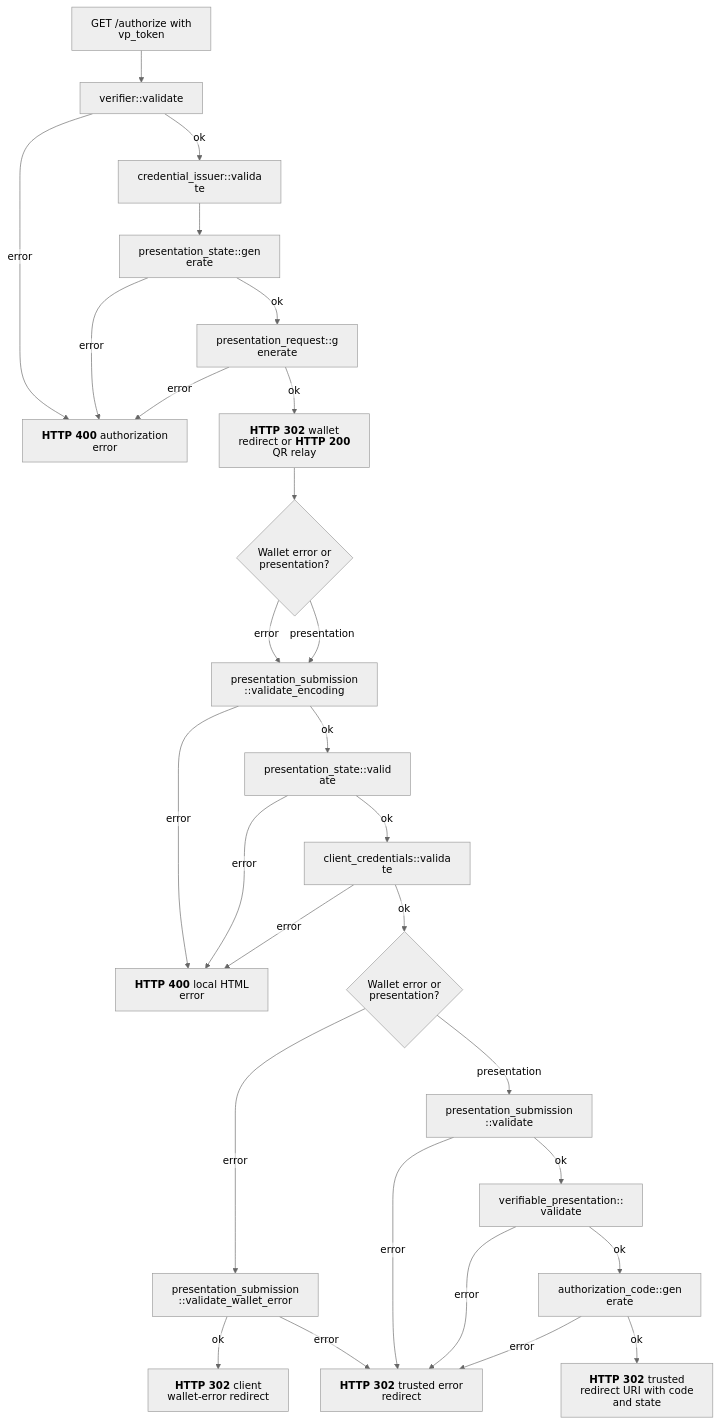
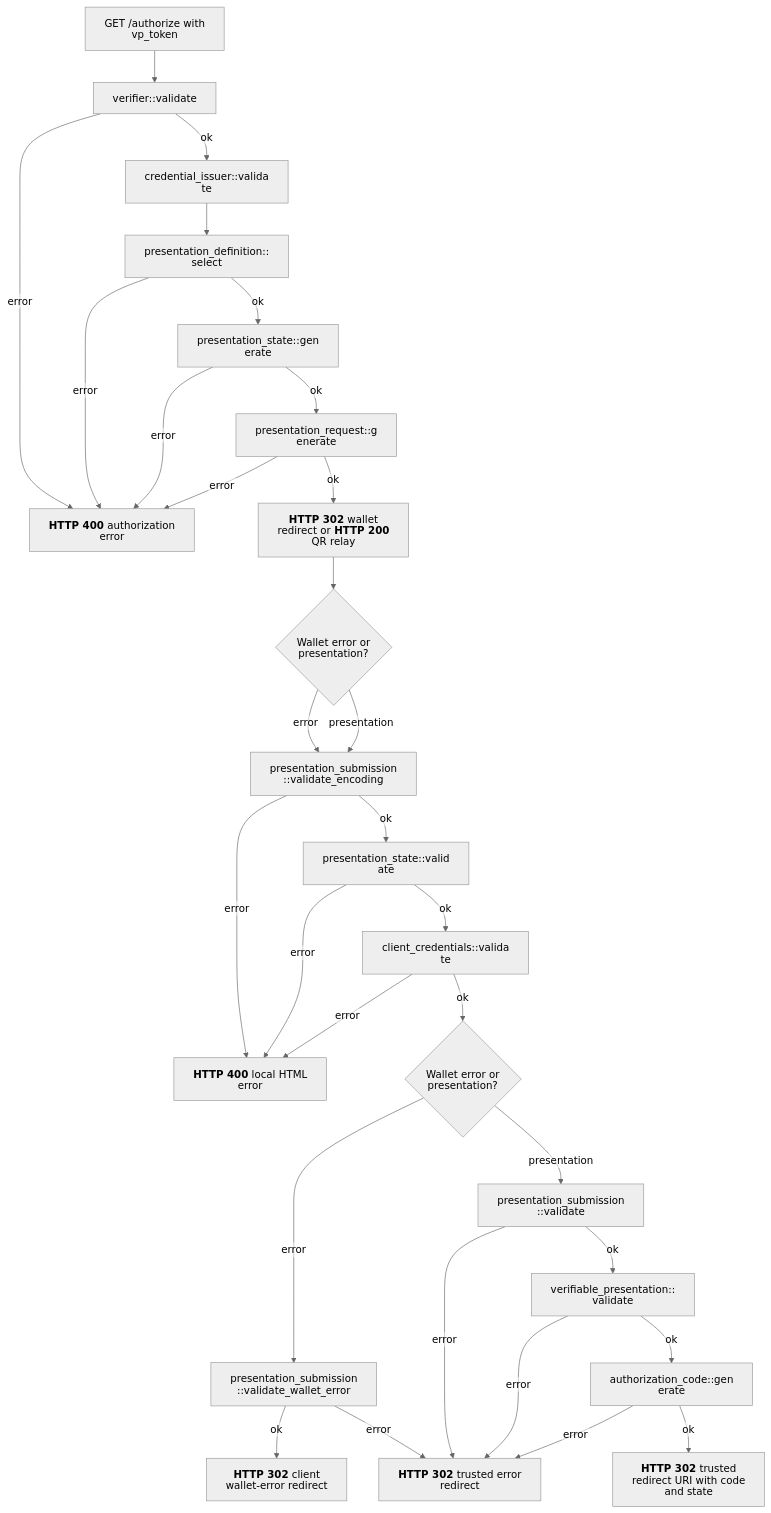
Before and after one commit to malach-it/kagome: the diagram in docs/flows/openid4vp/presentation.mmd, drawn with Mermaid (neutral theme). The commit also changed 27 other files, not shown here.

```diff
--- a/docs/flows/openid4vp/presentation.mmd
+++ b/docs/flows/openid4vp/presentation.mmd
@@ -1,29 +1,31 @@
 %%{init: {"htmlLabels": false, "flowchart": {"htmlLabels": false}}}%%
 flowchart TD
     begin[GET /authorize with vp_token] --> verifier["verifier::validate"]
     verifier -- error --> request_error["`**HTTP 400** authorization error`"]
     verifier -- ok --> issuer["credential_issuer::validate"]
-    issuer --> state["presentation_state::generate"]
+    issuer --> definition["presentation_definition::select"]
+    definition -- error --> request_error
+    definition -- ok --> state["presentation_state::generate"]
     state -- error --> request_error
     state -- ok --> request_object["presentation_request::generate"]
     request_object -- error --> request_error
     request_object -- ok --> authorization["`**HTTP 302** wallet redirect or **HTTP 200** QR relay`"]
     authorization --> wallet{Wallet error or presentation?}
     wallet -- error --> encoding["presentation_submission::validate_encoding"]
     wallet -- presentation --> encoding
     encoding -- error --> local_error["`**HTTP 400** local HTML error`"]
     encoding -- ok --> restore["presentation_state::validate"]
     restore -- error --> local_error
     restore -- ok --> client["client_credentials::validate"]
     client -- error --> local_error
     client -- ok --> kind{Wallet error or presentation?}
     kind -- error --> wallet_error["presentation_submission::validate_wallet_error"]
     kind -- presentation --> submission["presentation_submission::validate"]
     submission -- ok --> presentation["verifiable_presentation::validate"]
     presentation -- ok --> code["authorization_code::generate"]
     wallet_error -- ok --> error_redirect["`**HTTP 302** client wallet-error redirect`"]
     code -- ok --> success["`**HTTP 302** trusted redirect URI with code and state`"]
     wallet_error -- error --> response_error["`**HTTP 302** trusted error redirect`"]
     submission -- error --> response_error
     presentation -- error --> response_error
     code -- error --> response_error
```
